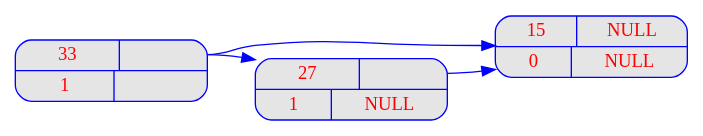
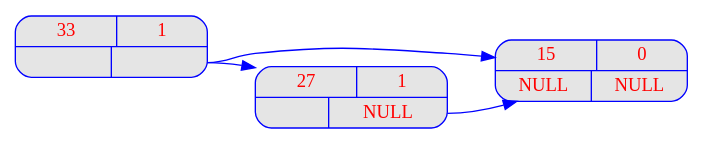
Before and after one commit to BrunoZimmer/CentraleLille-FilRouge-2021: the diagram in Exerc1/Output/Image3.dot, drawn with Graphviz. The commit also changed 10 other files, not shown here.

```diff
--- a/Exerc1/Output/Image3.dot
+++ b/Exerc1/Output/Image3.dot
@@ -1,31 +1,30 @@
 digraph liste { 
 graph [ 
 	rankdir = "LR" 
 ] 
 
 node [ 
 	fontname = "Arial bold"
 	fontsize = "14" 
 	fontcolor = "red" 
 	style = "rounded, filled" 
 	shape = "record" 
 	fillcolor = "grey90" 
 	color = "blue" 
 	width = "2" 
 ] 
 
 edge [ 
 	color = "blue" 
 ] 
 
 
-"ID_0003" [label = "{<elt> 36  | <next> NULL}|{<facteur> 0 | <next> NULL}"];
-"ID_0003" [label = "{<elt> 15  | <next> NULL}|{<facteur> 0 | <next> NULL}"];
-"ID_0002" [label = "{<elt> 27  | <next> }|{<facteur> 1 | <next> NULL}"];
+"ID_0003" [label = "{<elt> 36  | <> 0 } |{<nextL> NULL | <next> NULL}"];
+"ID_0003" [label = "{<elt> 15  | <> 0 } |{<nextL> NULL | <next> NULL}"];
+"ID_0002" [label = "{<elt> 27  | <> 1 } |{<nextL>  | <next> NULL }"];
 "ID_0002" : next -> "ID_0003";
-"ID_0001" [label = "{<elt> 33  | <next> }|{<facteur> 1 | <next>}"];
+"ID_0001" [label = "{<elt> 33  | <> 1 } |{<nextL>  | <next> }"];
 "ID_0001" : next -> "ID_0002";
 "ID_0001" : next -> "ID_0003";
 
-
 }
```
